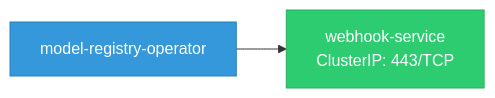
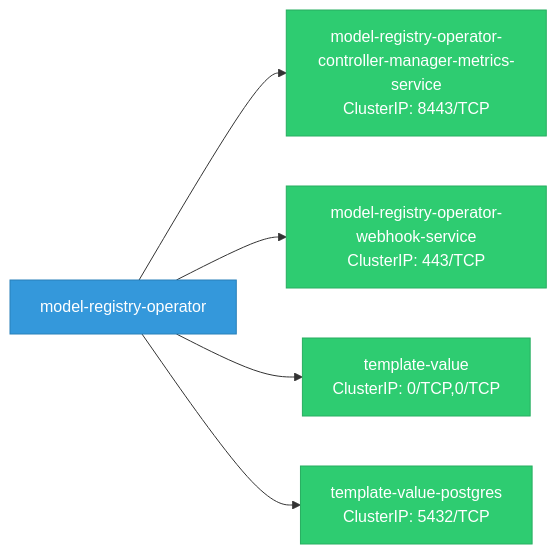
Before and after one commit to ugiordan/architecture-analyzer: the first of 2 diagrams in site/docs/rhoai-platform/components/model_registry_operator/network.md, drawn with Mermaid. The commit also changed other lines of this file and 299 other files, not shown here.

````diff
--- a/site/docs/rhoai-platform/components/model_registry_operator/network.md
+++ b/site/docs/rhoai-platform/components/model_registry_operator/network.md
@@ -5,10 +7,13 @@
 ```mermaid
 graph LR
     classDef svc fill:#2ecc71,stroke:#27ae60,color:#fff
     classDef test fill:#95a5a6,stroke:#7f8c8d,color:#fff
     classDef component fill:#3498db,stroke:#2980b9,color:#fff
     classDef ext fill:#e74c3c,stroke:#c0392b,color:#fff
 
     model_registry_operator["model-registry-operator"]:::component
-    model_registry_operator --> svc_0["webhook-service\nClusterIP: 443/TCP"]:::svc
+    model_registry_operator --> svc_0["model-registry-operator-controller-manager-metrics-service\nClusterIP: 8443/TCP"]:::svc
+    model_registry_operator --> svc_1["model-registry-operator-webhook-service\nClusterIP: 443/TCP"]:::svc
+    model_registry_operator --> svc_2["template-value\nClusterIP: 0/TCP,0/TCP"]:::svc
+    model_registry_operator --> svc_3["template-value-postgres\nClusterIP: 5432/TCP"]:::svc
 ```
````
